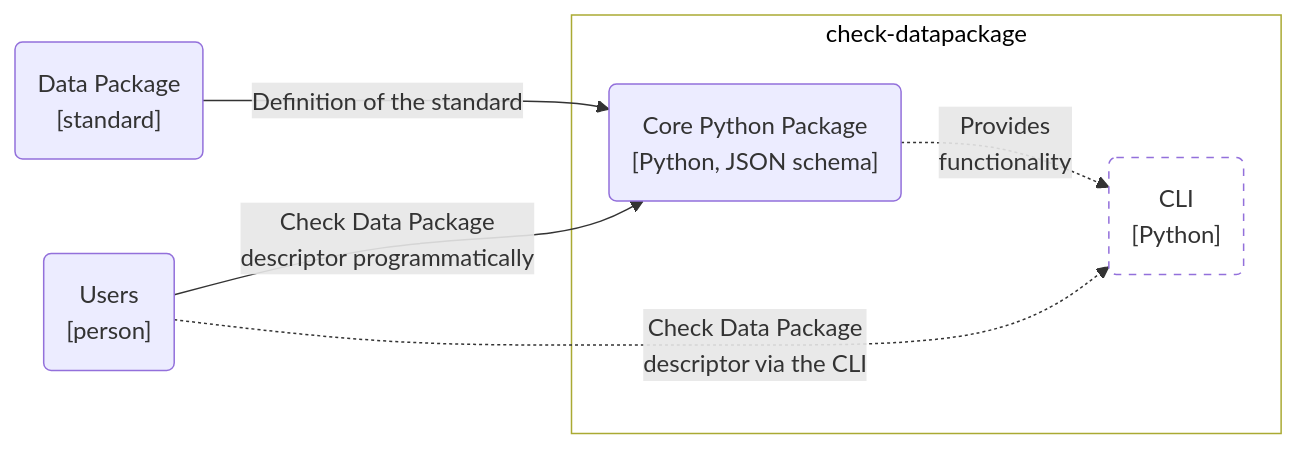
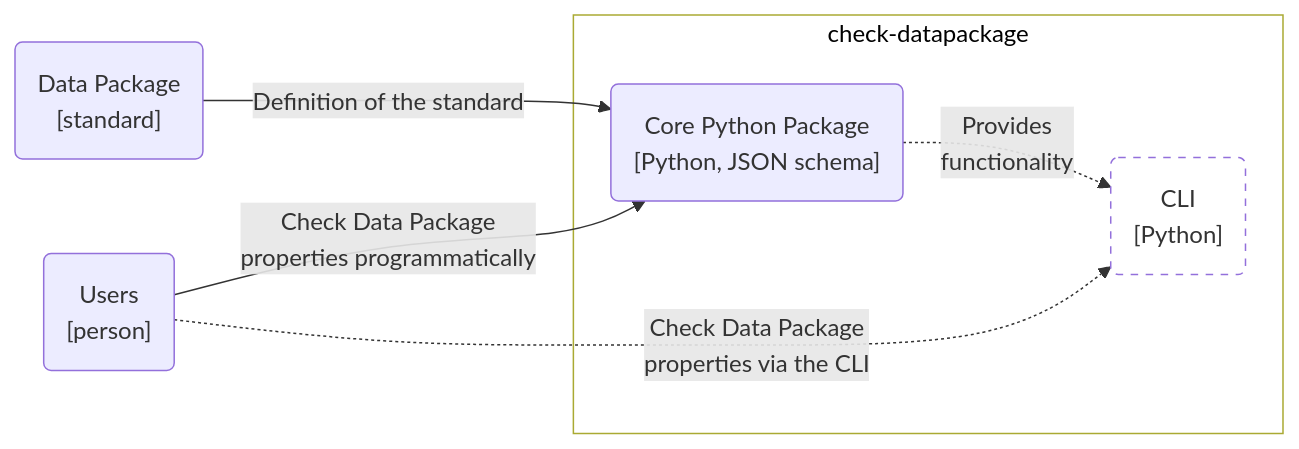
The second of 3 diagrams in docs/design/architecture.qmd (seedcase-project/check-datapackage), drawn with Mermaid before and after one commit. The commit also changed other lines of this file and 3 other files, not shown here.

First line of the commit message:
docs: :memo: use "properties" instead of "descriptor" in docs (#252)

````diff
--- a/docs/design/architecture.qmd
+++ b/docs/design/architecture.qmd
@@ -156,23 +156,23 @@
 ```{mermaid}
 %%| label: fig-c4-container
 %%| fig-cap: "C4 container diagram showing the core Python package in `check-datapackage` and the future command line interface (displayed dashed)."
 flowchart LR
 
     users("Users<br>[person]")
     dp_standard("Data Package<br>[standard]")
 
     subgraph "check-datapackage"
         python("Core Python Package<br>[Python, JSON schema]")
         cli("CLI<br>[Python]")
 
     python -. "Provides<br>functionality" .-> cli
     end
 
     dp_standard --"Definition of the standard"--> python
-    users --"Check Data Package<br>descriptor programmatically"--> python
-    users -. "Check Data Package<br>descriptor via the CLI" .-> cli
+    users --"Check Data Package<br>properties programmatically"--> python
+    users -. "Check Data Package<br>properties via the CLI" .-> cli
 
     %% Styling
     style check-datapackage fill:#FFFFFF, color:#000000
     style cli fill:#FFFFFF, stroke-dasharray: 5 5
 ```
````
